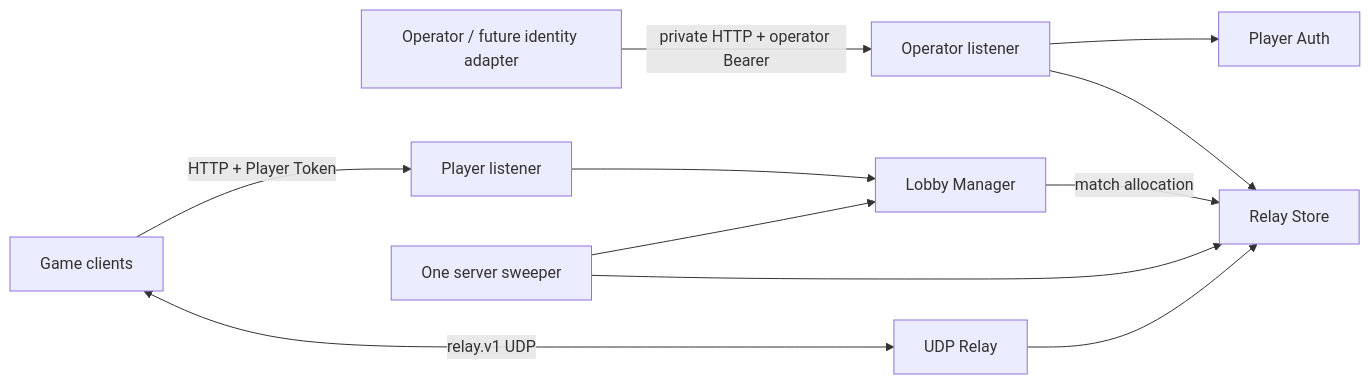
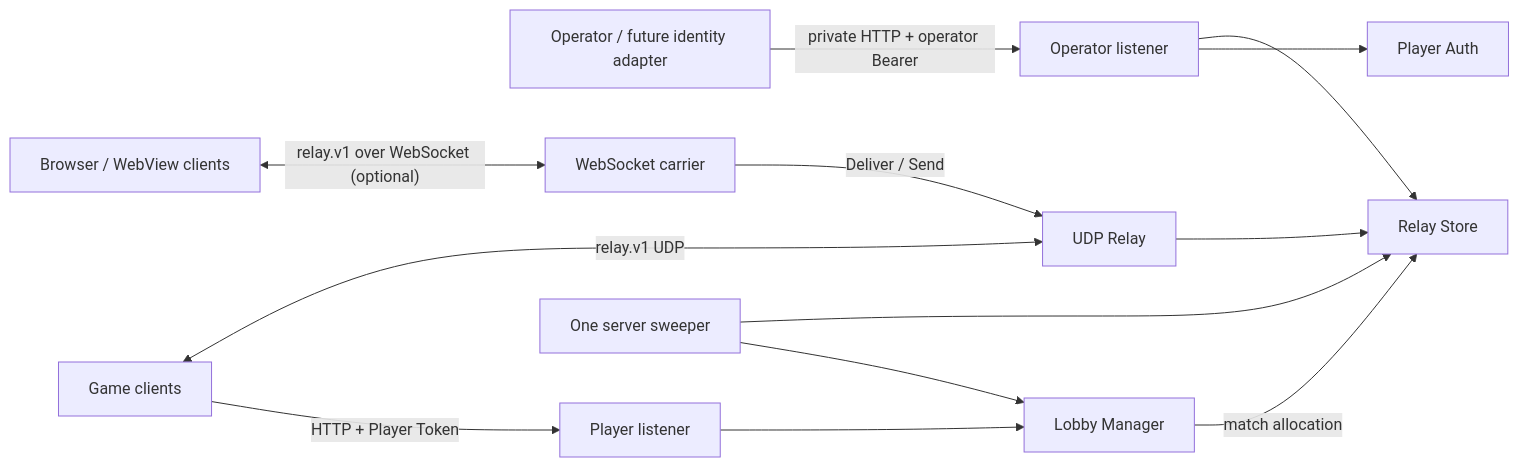
Before and after one commit to game-projects97/go-lobby-relay: the diagram in docs/TRD.md, drawn with Mermaid. The commit also changed other lines of this file and 20 other files, not shown here.

First line of the commit message:
feat: add pluggable Relay carriers with WebSocket and configurable match TTL

````diff
--- a/docs/TRD.md
+++ b/docs/TRD.md
@@ -43,13 +44,15 @@
 ```mermaid
 flowchart LR
     O["Operator / future identity adapter"] -->|"private HTTP + operator Bearer"| OH["Operator listener"]
     P["Game clients"] -->|"HTTP + Player Token"| PH["Player listener"]
     P <-->|"relay.v1 UDP"| U["UDP Relay"]
+    B["Browser / WebView clients"] <-->|"relay.v1 over WebSocket (optional)"| W["WebSocket carrier"]
+    W -->|"Deliver / Send"| U
     OH --> A["Player Auth"]
     OH --> R["Relay Store"]
     PH --> L["Lobby Manager"]
     L -->|"match allocation"| R
     U --> R
     S["One server sweeper"] --> L
     S --> R
 ```
````
